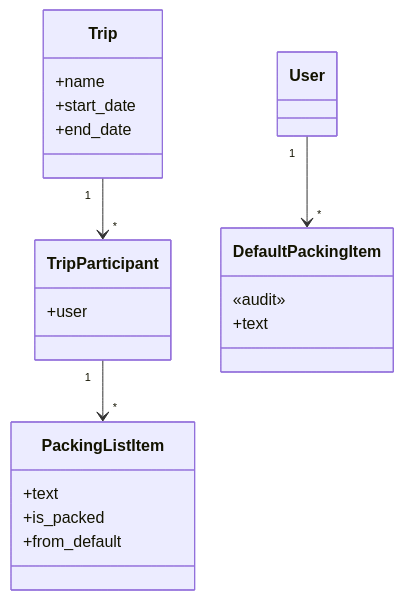
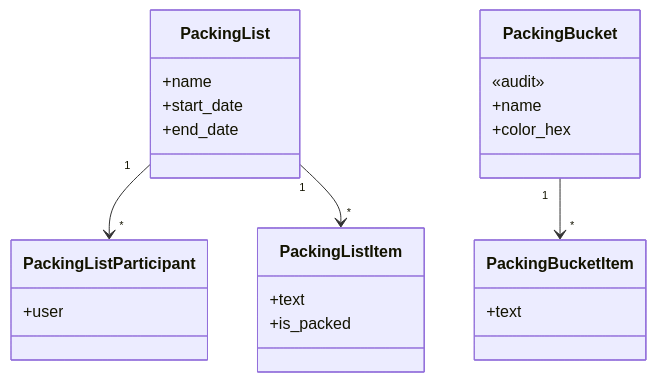
The fifth of 7 diagrams in PLANNING.md (huseti/husehold), drawn with Mermaid before and after one commit. The commit also changed other lines of this file and 20 other files, not shown here.

First line of the commit message:
Add Packing Lists: shared checklists, trip settings, and reusable buckets

````diff
--- a/PLANNING.md
+++ b/PLANNING.md
@@ -347,23 +349,26 @@
 ```mermaid
 classDiagram
-  class Trip {
+  class PackingList {
     +name
     +start_date
     +end_date
   }
-  class TripParticipant {
+  class PackingListParticipant {
     +user
   }
   class PackingListItem {
     +text
     +is_packed
-    +from_default
   }
-  class DefaultPackingItem {
+  class PackingBucket {
     «audit»
+    +name
+    +color_hex
+  }
+  class PackingBucketItem {
     +text
   }
-  Trip "1" --> "*" TripParticipant
-  TripParticipant "1" --> "*" PackingListItem
-  User "1" --> "*" DefaultPackingItem
+  PackingList "1" --> "*" PackingListParticipant
+  PackingList "1" --> "*" PackingListItem
+  PackingBucket "1" --> "*" PackingBucketItem
 ```
````
